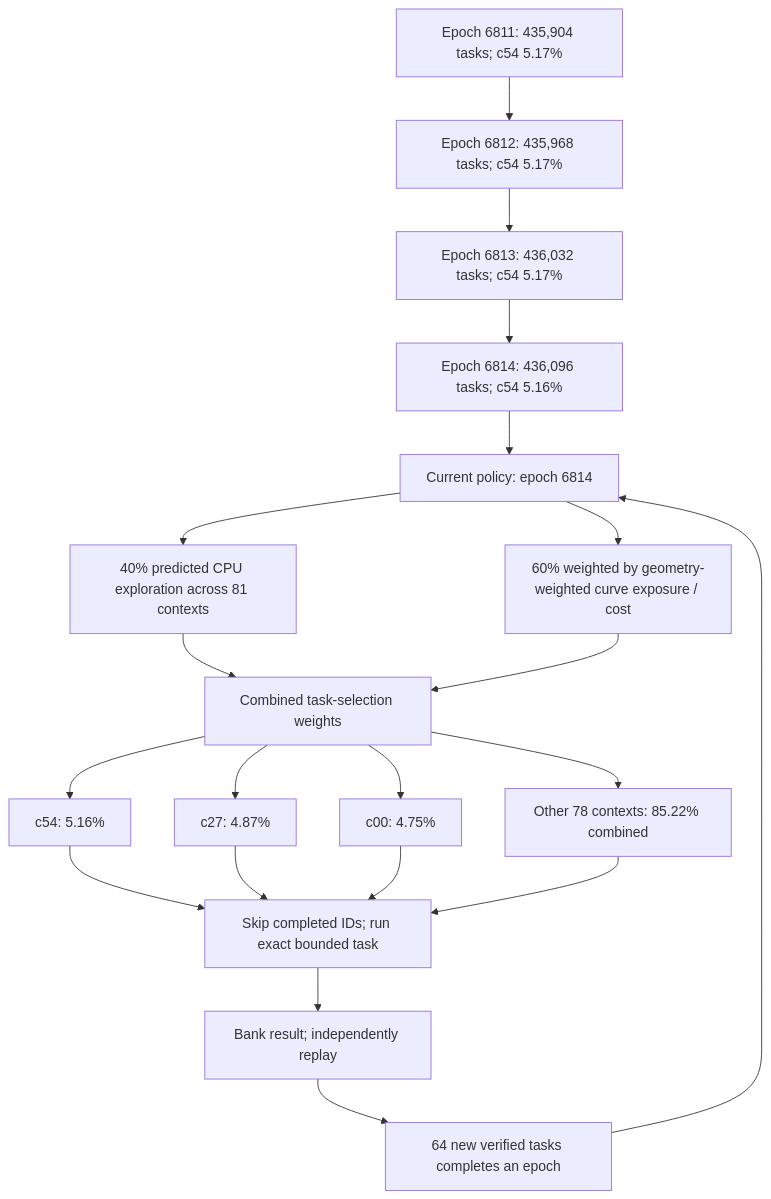
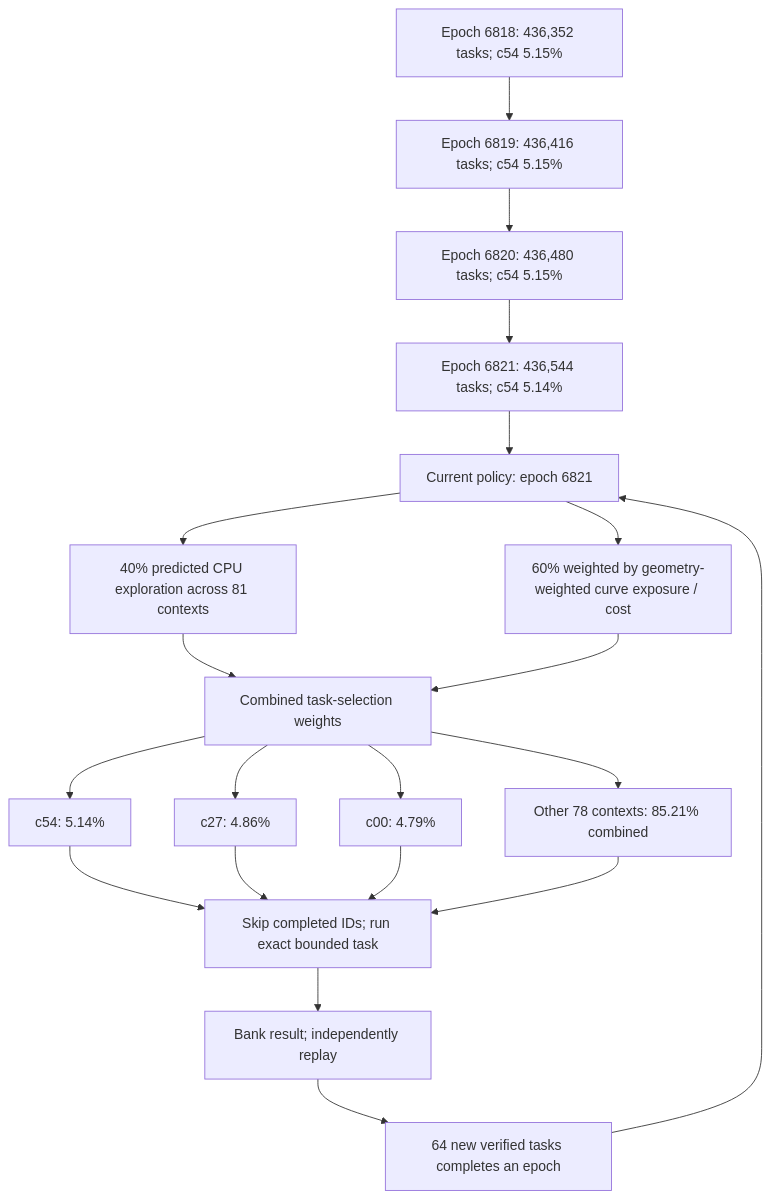
One commit to Kuberwastaken/math-gambling changed the first of 4 diagrams in README.md. Above: the diagram before and after it, drawn with Mermaid. The commit also changed other lines of this file and 991 other files, not shown here.

````diff
--- a/README.md
+++ b/README.md
@@ -60,27 +60,27 @@
 ```mermaid
 flowchart TD
-    H0["Epoch 6811: 435,904 tasks; c54 5.17%"]
-    H1["Epoch 6812: 435,968 tasks; c54 5.17%"]
+    H0["Epoch 6818: 436,352 tasks; c54 5.15%"]
+    H1["Epoch 6819: 436,416 tasks; c54 5.15%"]
     H0 --> H1
-    H2["Epoch 6813: 436,032 tasks; c54 5.17%"]
+    H2["Epoch 6820: 436,480 tasks; c54 5.15%"]
     H1 --> H2
-    H3["Epoch 6814: 436,096 tasks; c54 5.16%"]
+    H3["Epoch 6821: 436,544 tasks; c54 5.14%"]
     H2 --> H3
-    Policy["Current policy: epoch 6814"]
+    Policy["Current policy: epoch 6821"]
     H3 --> Policy
     Policy --> Explore["40% predicted CPU exploration across 81 contexts"]
     Policy --> Cost["60% weighted by geometry-weighted curve exposure / cost"]
     Explore --> Mix["Combined task-selection weights"]
     Cost --> Mix
-    Mix --> C0["c54: 5.16%"]
-    Mix --> C1["c27: 4.87%"]
-    Mix --> C2["c00: 4.75%"]
-    Mix --> Rest["Other 78 contexts: 85.22% combined"]
+    Mix --> C0["c54: 5.14%"]
+    Mix --> C1["c27: 4.86%"]
+    Mix --> C2["c00: 4.79%"]
+    Mix --> Rest["Other 78 contexts: 85.21% combined"]
     C0 --> Check["Skip completed IDs; run exact bounded task"]
     C1 --> Check
     C2 --> Check
     Rest --> Check
     Check --> Replay["Bank result; independently replay"]
     Replay --> Gate["64 new verified tasks completes an epoch"]
     Gate --> Policy
 ```
````
